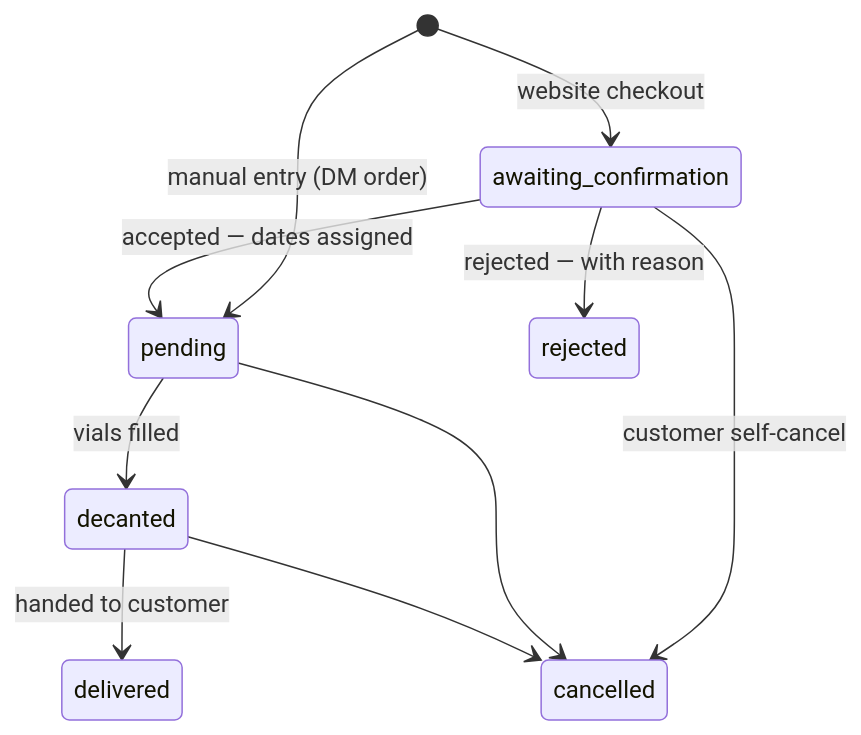
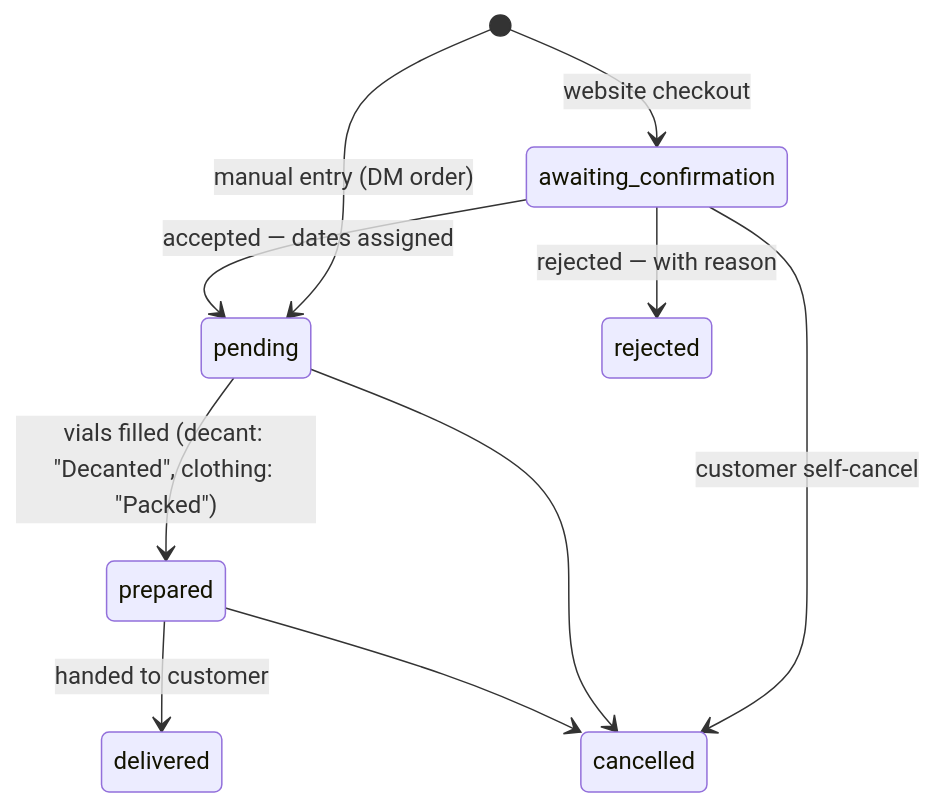
The diagram in README.md (naingaunglinn/decant-please), drawn with Mermaid before and after one commit. The commit also changed other lines of this file and 38 other files, not shown here.

Commit message:
feat(orders): status labels from the shop's template; decanted → prepared, decant_date → prep_date (step 39, #126)

````diff
--- a/README.md
+++ b/README.md
@@ -105,12 +105,12 @@
 ```mermaid
 stateDiagram-v2
     [*] --> awaiting_confirmation: website checkout
     [*] --> pending: manual entry (DM order)
     awaiting_confirmation --> pending: accepted — dates assigned
     awaiting_confirmation --> rejected: rejected — with reason
     awaiting_confirmation --> cancelled: customer self-cancel
-    pending --> decanted: vials filled
-    decanted --> delivered: handed to customer
+    pending --> prepared: vials filled (decant: "Decanted", clothing: "Packed")
+    prepared --> delivered: handed to customer
     pending --> cancelled
-    decanted --> cancelled
+    prepared --> cancelled
 ```
````
